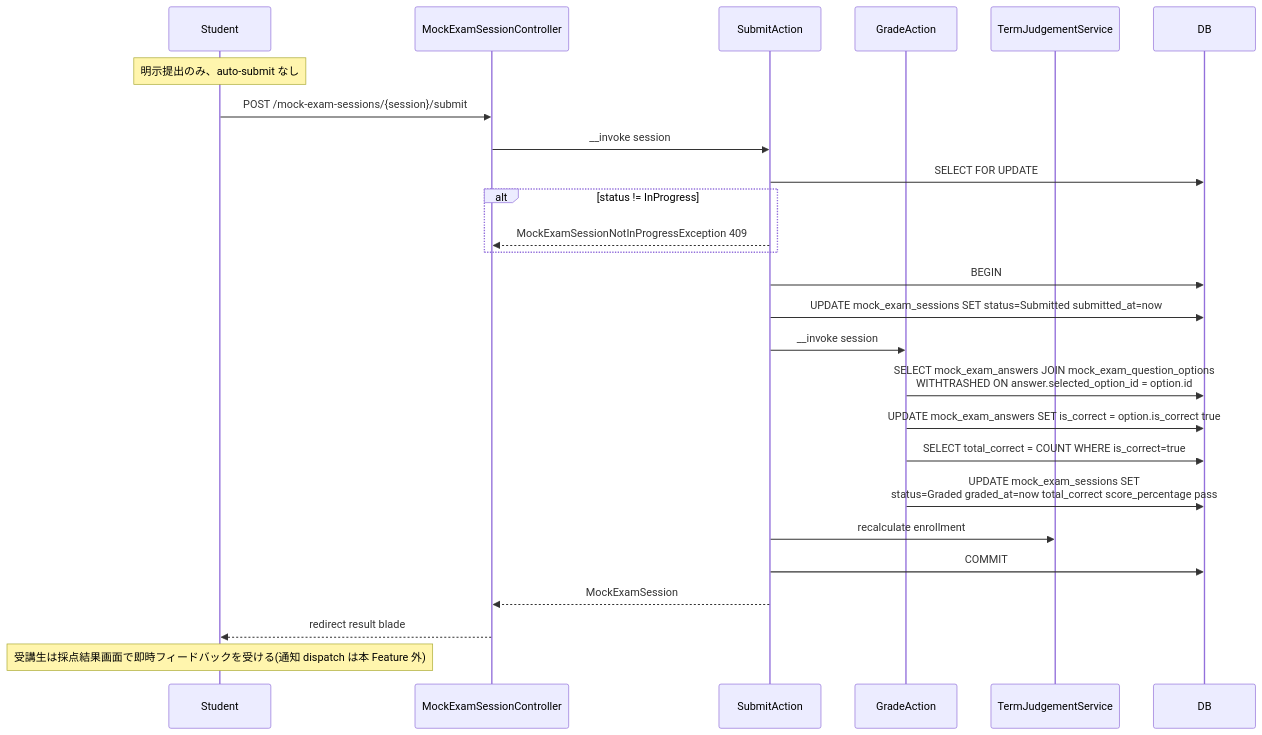
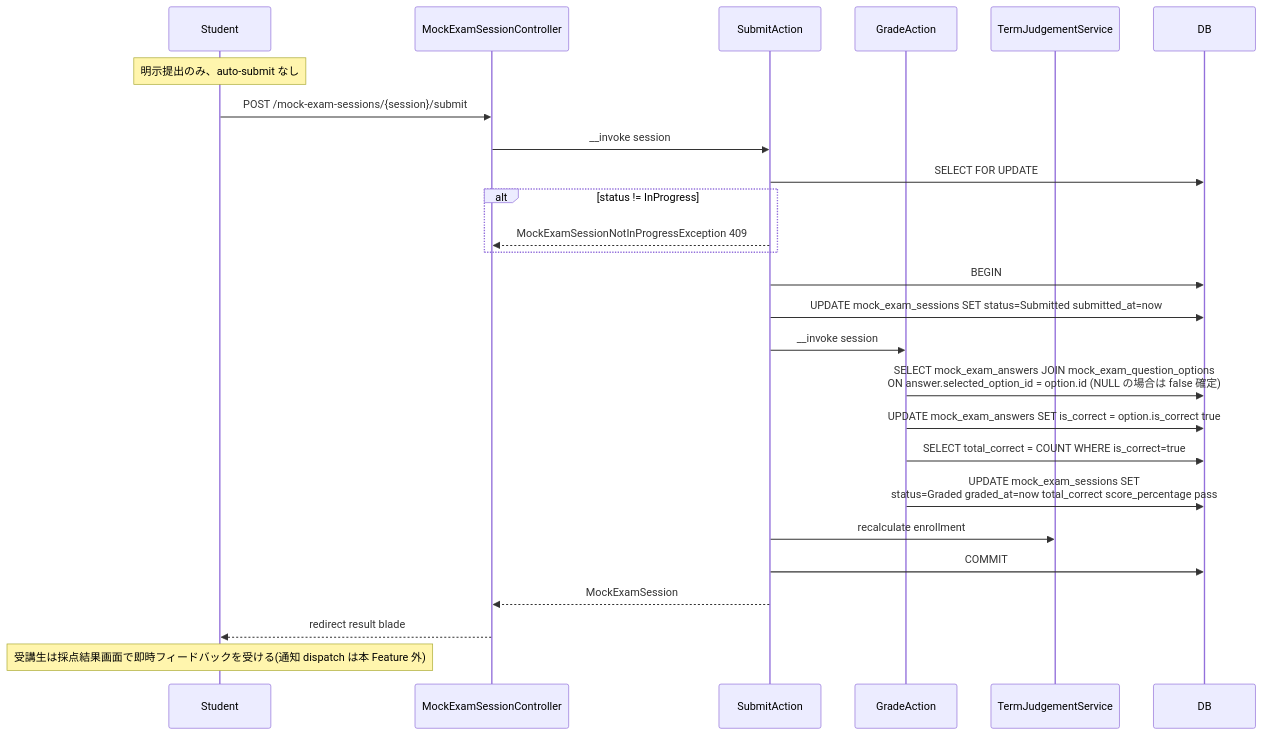
The fifth of 8 diagrams in docs/specs/mock-exam/design.md (coachtech-mockcase-second/ExampleAnswer-mockcase-CertifyLMS), drawn with Mermaid before and after one commit. The commit also changed other lines of this file and 202 other files, not shown here.

````diff
--- a/docs/specs/mock-exam/design.md
+++ b/docs/specs/mock-exam/design.md
@@ -163,29 +163,29 @@
 ```mermaid
 sequenceDiagram
     participant Student
     participant MESC as MockExamSessionController
     participant SubA as SubmitAction
     participant GrA as GradeAction
     participant TJS as TermJudgementService
     participant DB
 
     Note over Student: 明示提出のみ、auto-submit なし
     Student->>MESC: POST /mock-exam-sessions/{session}/submit
     MESC->>SubA: __invoke session
     SubA->>DB: SELECT FOR UPDATE
     alt status != InProgress
         SubA-->>MESC: MockExamSessionNotInProgressException 409
     end
     SubA->>DB: BEGIN
     SubA->>DB: UPDATE mock_exam_sessions SET status=Submitted submitted_at=now
     SubA->>GrA: __invoke session
-    GrA->>DB: SELECT mock_exam_answers JOIN mock_exam_question_options<br/>WITHTRASHED ON answer.selected_option_id = option.id
+    GrA->>DB: SELECT mock_exam_answers JOIN mock_exam_question_options<br/>ON answer.selected_option_id = option.id (NULL の場合は false 確定)
     GrA->>DB: UPDATE mock_exam_answers SET is_correct = option.is_correct true
     GrA->>DB: SELECT total_correct = COUNT WHERE is_correct=true
     GrA->>DB: UPDATE mock_exam_sessions SET<br/>status=Graded graded_at=now total_correct score_percentage pass
     SubA->>TJS: recalculate enrollment
     SubA->>DB: COMMIT
     SubA-->>MESC: MockExamSession
     MESC-->>Student: redirect result blade
     Note over Student: 受講生は採点結果画面で即時フィードバックを受ける(通知 dispatch は本 Feature 外)
 ```
````
